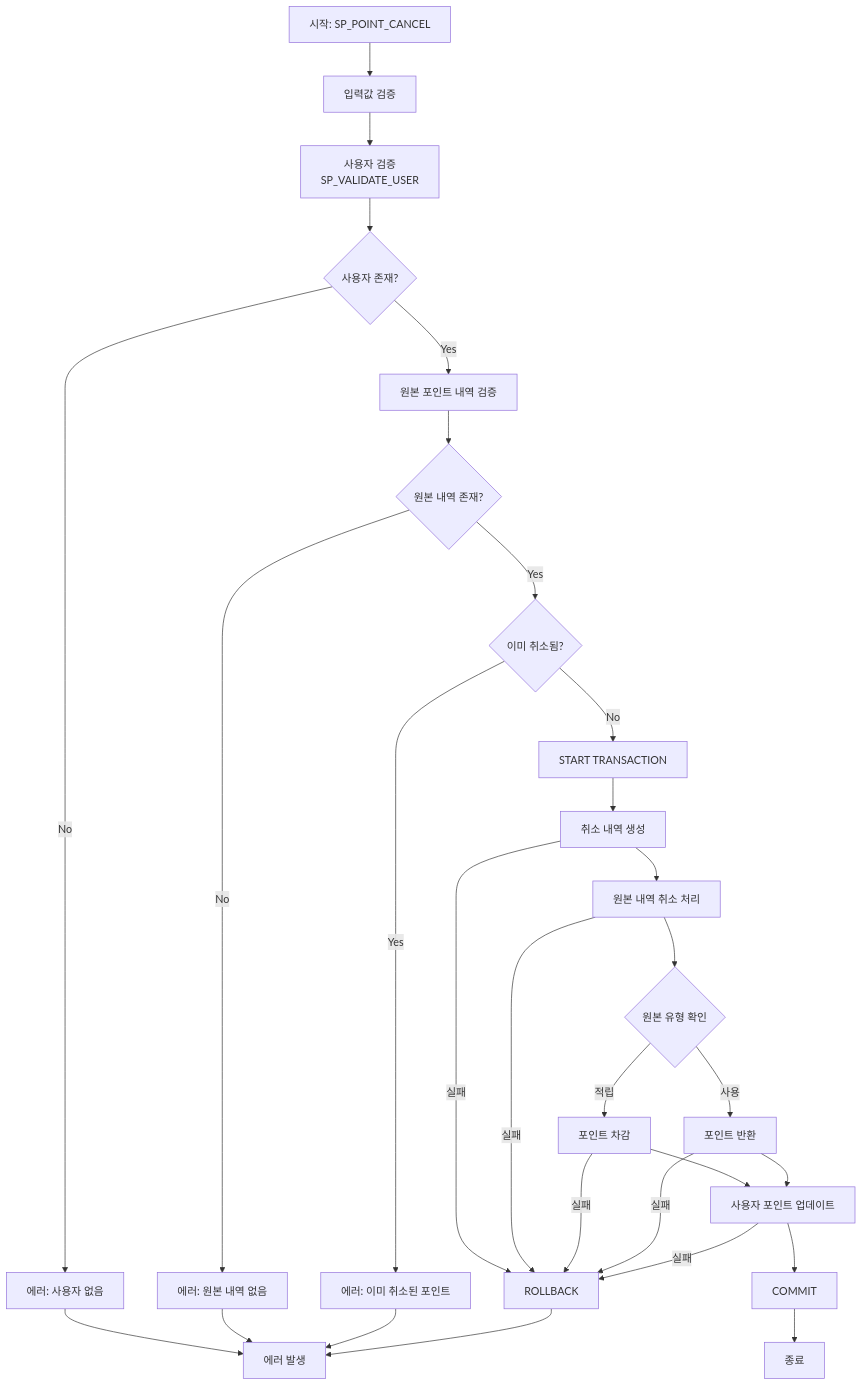
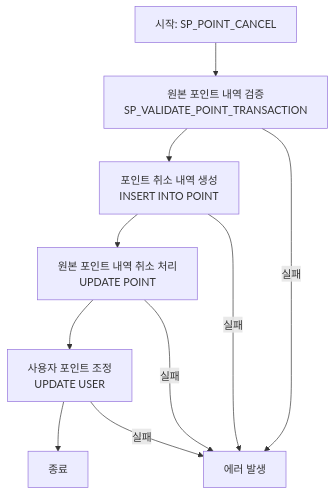
The diagram in src/mobile-receipt/point/diagram_point_cancel.md (DBDIBABIDIBU/be15-1st-DBDIBABDBU-mobile_receipt), drawn with Mermaid before and after one commit. The commit also changed 6 other files, not shown here.

Commit message:
hotfix:다이어그램 오류 수정, readme에 레플리케이션 서버 테스트 적용

````diff
--- a/src/mobile-receipt/point/diagram_point_cancel.md
+++ b/src/mobile-receipt/point/diagram_point_cancel.md
@@ -1,39 +1,15 @@
 ```mermaid
 flowchart TD
-    A[시작: SP_POINT_CANCEL] --> B[입력값 검증]
-    B --> C[사용자 검증<br/>SP_VALIDATE_USER]
+    A[시작: SP_POINT_CANCEL] --> B[원본 포인트 내역 검증<br/>SP_VALIDATE_POINT_TRANSACTION]
 
-    C --> D{사용자 존재?}
-    D -->|No| E[에러: 사용자 없음]
-    D -->|Yes| F[원본 포인트 내역 검증]
-
-    F --> G{원본 내역 존재?}
-    G -->|No| H[에러: 원본 내역 없음]
-    G -->|Yes| I{이미 취소됨?}
-
-    I -->|Yes| J[에러: 이미 취소된 포인트]
-    I -->|No| K[START TRANSACTION]
-
-    K --> L[취소 내역 생성]
-    L --> M[원본 내역 취소 처리]
-
-    M --> N{원본 유형 확인}
-    N -->|적립| O[포인트 차감]
-    N -->|사용| P[포인트 반환]
-
-    O --> Q[사용자 포인트 업데이트]
-    P --> Q
-    Q --> R[COMMIT]
-    R --> S[종료]
+    B --> C[포인트 취소 내역 생성<br/>INSERT INTO POINT]
+    C --> D[원본 포인트 내역 취소 처리<br/>UPDATE POINT]
+    D --> E[사용자 포인트 조정<br/>UPDATE USER]
+    E --> F[종료]
 
     %% 에러 처리
-    E --> T[에러 발생]
-    H --> T
-    J --> T
-    L -->|실패| U[ROLLBACK]
-    M -->|실패| U
-    O -->|실패| U
-    P -->|실패| U
-    Q -->|실패| U
-    U --> T
+    B -->|실패| G[에러 발생]
+    C -->|실패| G
+    D -->|실패| G
+    E -->|실패| G
 ```
````
